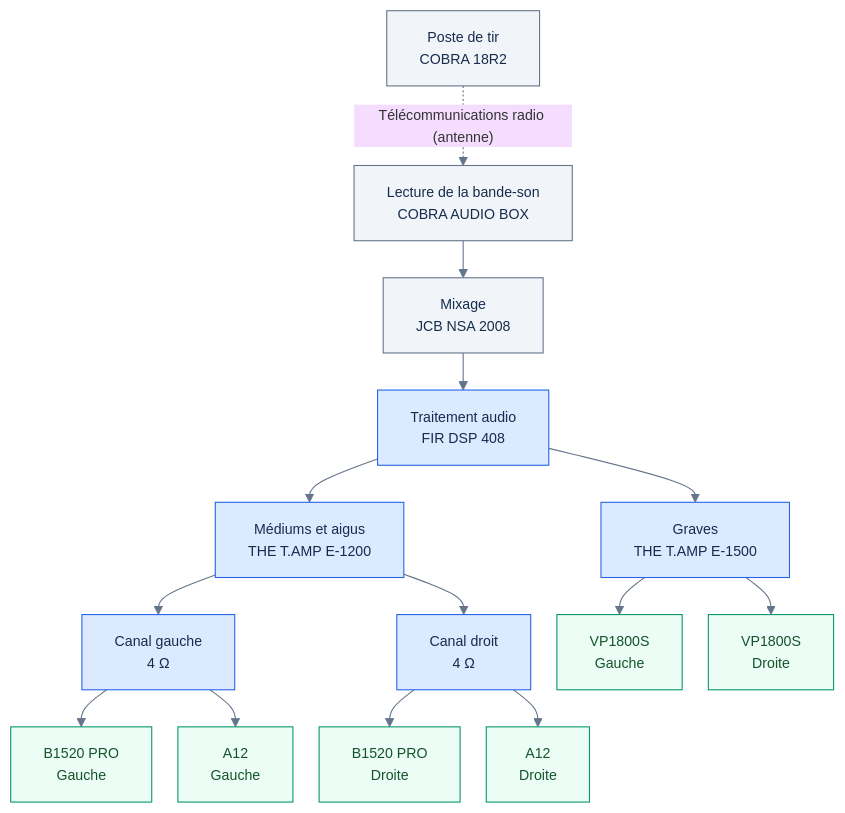
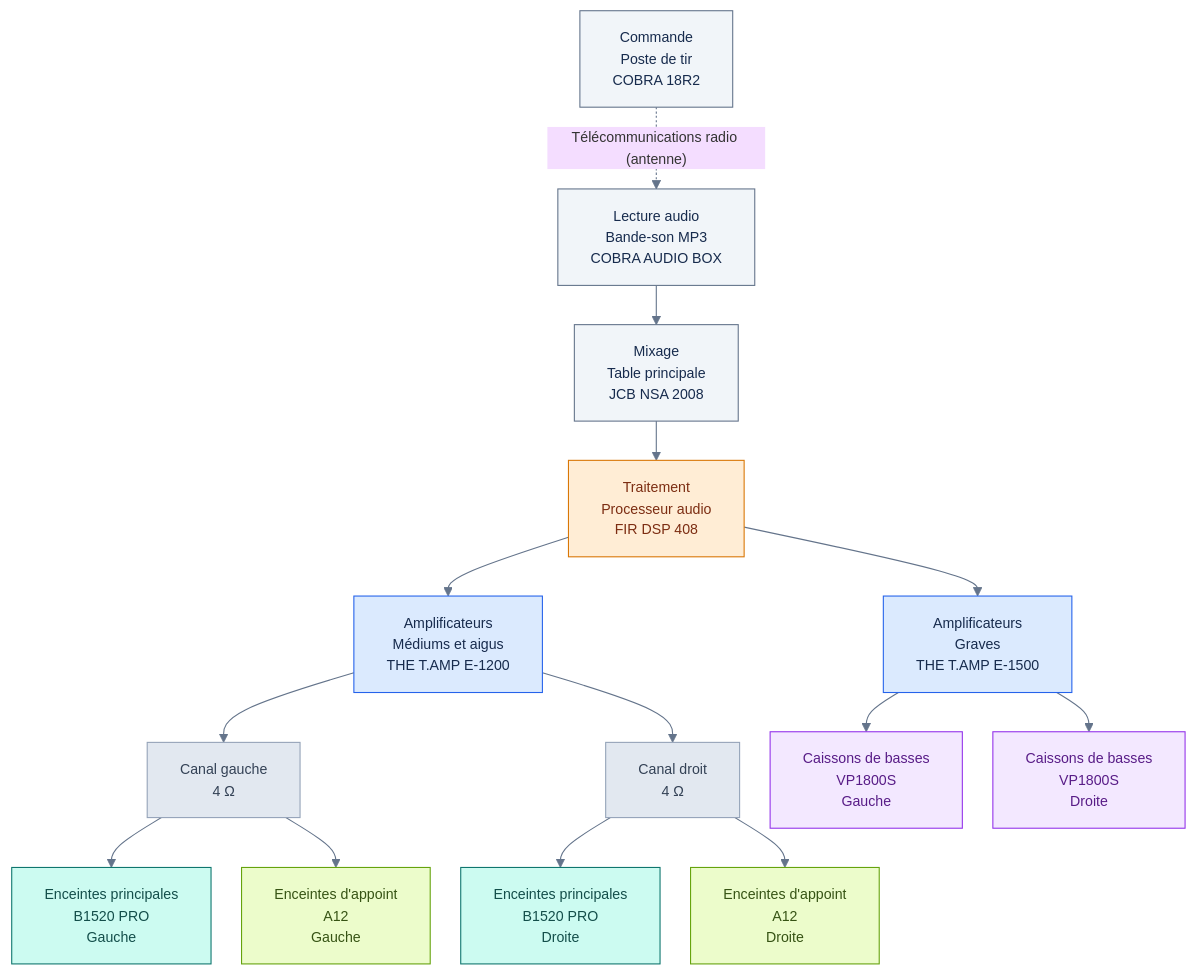
Before and after one commit to HAZIT-FR/PGE-SONO: the first of 3 diagrams in README.md, drawn with Mermaid. The commit also changed other lines of this file, not shown here.

Commit message:
docs: mettre le schéma audio en avant et distinguer les équipements par catégorie et couleur

```diff
--- a/README.md
+++ b/README.md
@@ -86,38 +34,46 @@
 ~~~mermaid
-%%{init: {"flowchart": {"nodeSpacing": 24, "rankSpacing": 34, "htmlLabels": true, "wrappingWidth": 320}, "theme": "base", "themeVariables": {"fontSize": "13px", "lineColor": "#64748b"}}}%%
+%%{init: {"flowchart": {"nodeSpacing": 28, "rankSpacing": 36, "htmlLabels": true, "wrappingWidth": 320}, "theme": "base", "themeVariables": {"fontSize": "13px", "lineColor": "#64748b"}}}%%
 flowchart TB
-  A["Poste de tir<br/>COBRA 18R2"]
-  B["Lecture de la bande-son<br/>COBRA AUDIO BOX"]
-  C["Mixage<br/>JCB NSA 2008"]
-  D["Traitement audio<br/>FIR DSP 408"]
-  E["Médiums et aigus<br/>THE T.AMP E-1200"]
-  F["Graves<br/>THE T.AMP E-1500"]
+  A["Commande<br/>Poste de tir<br/>COBRA 18R2"]
+  B["Lecture audio<br/>Bande-son MP3<br/>COBRA AUDIO BOX"]
+  C["Mixage<br/>Table principale<br/>JCB NSA 2008"]
+  D["Traitement<br/>Processeur audio<br/>FIR DSP 408"]
+  E["Amplificateurs<br/>Médiums et aigus<br/>THE T.AMP E-1200"]
+  F["Amplificateurs<br/>Graves<br/>THE T.AMP E-1500"]
   LG["Canal gauche<br/>4 Ω"]
   LD["Canal droit<br/>4 Ω"]
-  BG["B1520 PRO<br/>Gauche"]
-  AG["A12<br/>Gauche"]
-  BD["B1520 PRO<br/>Droite"]
-  AD["A12<br/>Droite"]
-  SG["VP1800S<br/>Gauche"]
-  SD["VP1800S<br/>Droite"]
+  BG["Enceintes principales<br/>B1520 PRO<br/>Gauche"]
+  BD["Enceintes principales<br/>B1520 PRO<br/>Droite"]
+  AG["Enceintes d'appoint<br/>A12<br/>Gauche"]
+  AD["Enceintes d'appoint<br/>A12<br/>Droite"]
+  SG["Caissons de basses<br/>VP1800S<br/>Gauche"]
+  SD["Caissons de basses<br/>VP1800S<br/>Droite"]
 
   A -. "Télécommunications radio (antenne)" .-> B
   B --> C --> D
   D --> E
   D --> F
   E --> LG
   E --> LD
   LG --> BG
   LG --> AG
   LD --> BD
   LD --> AD
   F --> SG
   F --> SD
 
-  classDef source fill:#f1f5f9,stroke:#64748b,color:#172b4d;
-  classDef amp fill:#dbeafe,stroke:#2563eb,color:#172b4d;
-  classDef speaker fill:#ecfdf5,stroke:#059669,color:#14532d;
-  class A,B,C source;
-  class D,E,F,LG,LD amp;
-  class BG,AG,BD,AD,SG,SD speaker;
+  classDef commande fill:#f1f5f9,stroke:#64748b,color:#172b4d;
+  classDef processeur fill:#ffedd5,stroke:#d97706,color:#7c2d12;
+  classDef amplis fill:#dbeafe,stroke:#2563eb,color:#172b4d;
+  classDef canaux fill:#e2e8f0,stroke:#94a3b8,color:#334155;
+  classDef principales fill:#ccfbf1,stroke:#0f766e,color:#134e4a;
+  classDef appoint fill:#ecfccb,stroke:#65a30d,color:#365314;
+  classDef basses fill:#f3e8ff,stroke:#9333ea,color:#581c87;
+  class A,B,C commande;
+  class D processeur;
+  class E,F amplis;
+  class LG,LD canaux;
+  class BG,BD principales;
+  class AG,AD appoint;
+  class SG,SD basses;
 ~~~
```
